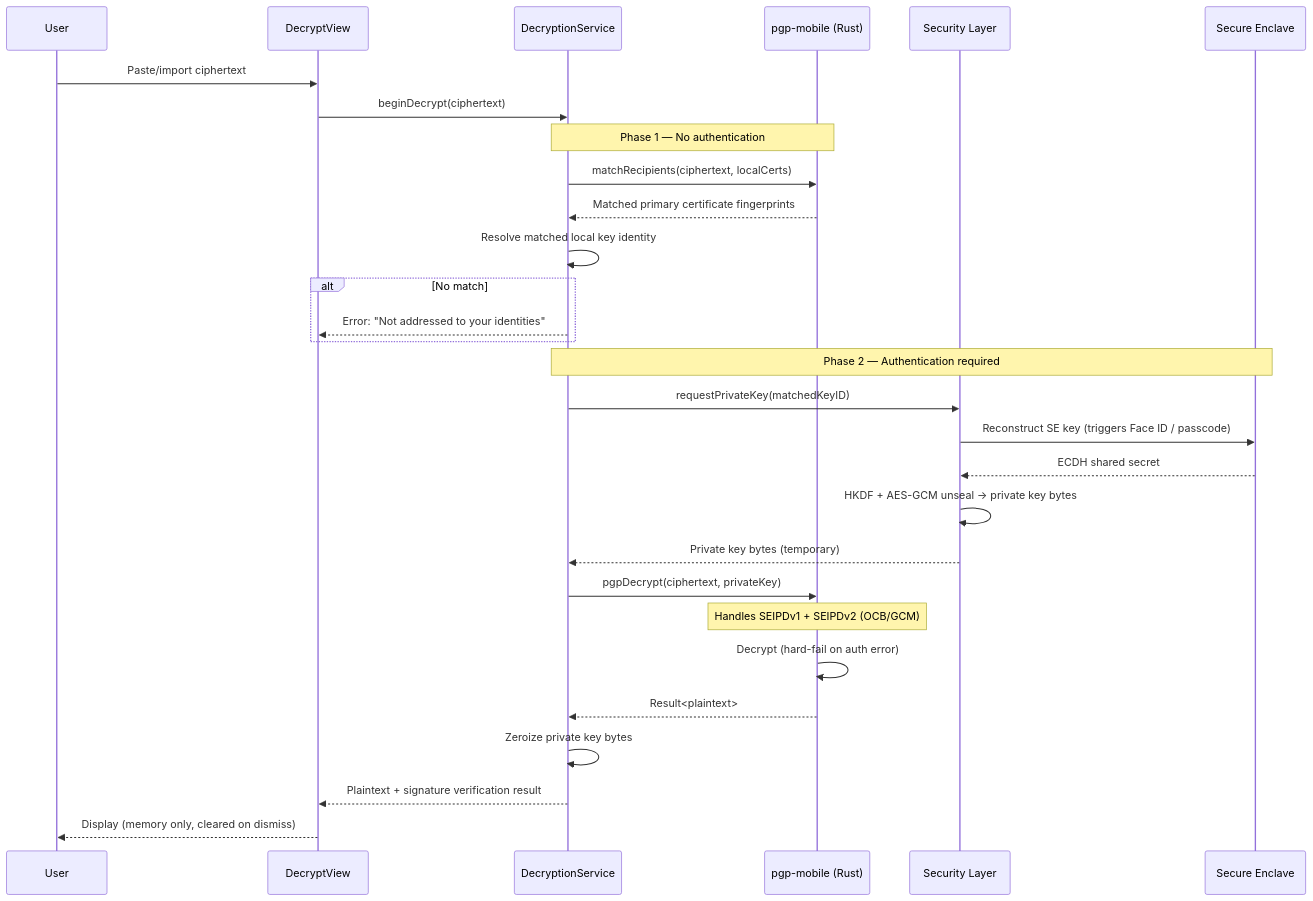
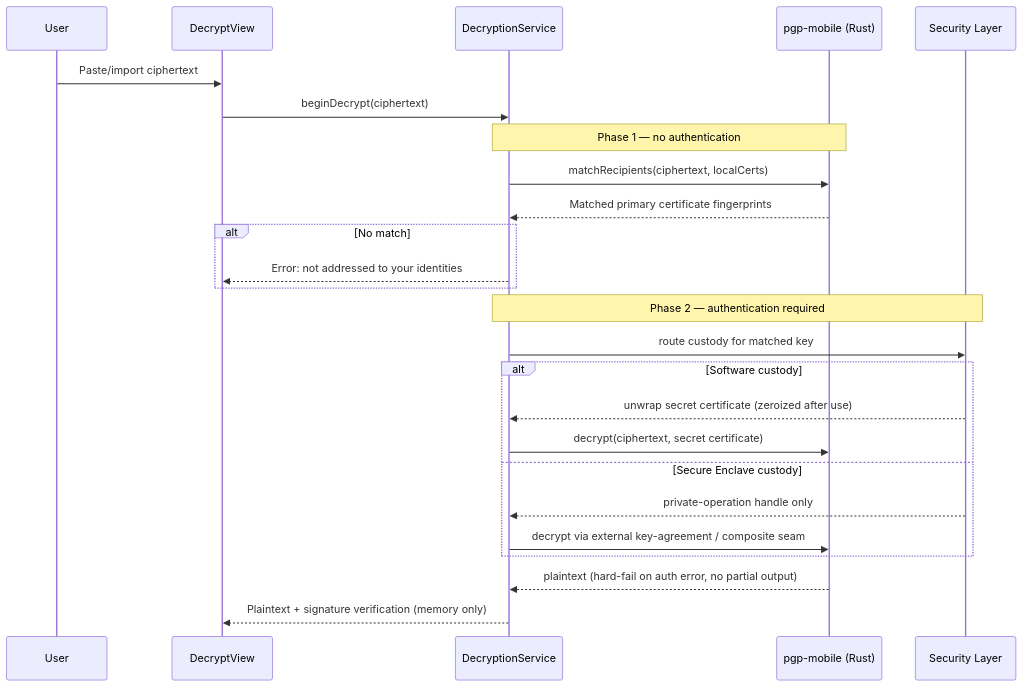
The second of 3 diagrams in docs/ARCHITECTURE.md (cypherair/cypherair), drawn with Mermaid before and after one commit. The commit also changed other lines of this file and 2 other files, not shown here.

First line of the commit message:
docs: total rewrite wave 2 - TESTING, ARCHITECTURE, ARM64E_STATUS

````diff
--- a/docs/ARCHITECTURE.md
+++ b/docs/ARCHITECTURE.md
@@ -340,34 +167,30 @@
 ```mermaid
 sequenceDiagram
     participant U as User
     participant V as DecryptView
     participant DS as DecryptionService
     participant PGP as pgp-mobile (Rust)
     participant SEC as Security Layer
-    participant SE as Secure Enclave
 
     U->>V: Paste/import ciphertext
     V->>DS: beginDecrypt(ciphertext)
 
-    Note over DS,PGP: Phase 1 — No authentication
+    Note over DS,PGP: Phase 1 — no authentication
     DS->>PGP: matchRecipients(ciphertext, localCerts)
     PGP-->>DS: Matched primary certificate fingerprints
-    DS->>DS: Resolve matched local key identity
     alt No match
-        DS-->>V: Error: "Not addressed to your identities"
+        DS-->>V: Error: not addressed to your identities
     end
 
-    Note over DS,SE: Phase 2 — Authentication required
-    DS->>SEC: requestPrivateKey(matchedKeyID)
-    SEC->>SE: Reconstruct SE key (triggers Face ID / passcode)
-    SE-->>SEC: ECDH shared secret
-    SEC->>SEC: HKDF + AES-GCM unseal → private key bytes
-    SEC-->>DS: Private key bytes (temporary)
-    DS->>PGP: pgpDecrypt(ciphertext, privateKey)
-    Note over PGP: Handles SEIPDv1 + SEIPDv2 (OCB/GCM)
-    PGP->>PGP: Decrypt (hard-fail on auth error)
-    PGP-->>DS: Result<plaintext>
-    DS->>DS: Zeroize private key bytes
-    DS-->>V: Plaintext + signature verification result
-    V-->>U: Display (memory only, cleared on dismiss)
+    Note over DS,SEC: Phase 2 — authentication required
+    DS->>SEC: route custody for matched key
+    alt Software custody
+        SEC-->>DS: unwrap secret certificate (zeroized after use)
+        DS->>PGP: decrypt(ciphertext, secret certificate)
+    else Secure Enclave custody
+        SEC-->>DS: private-operation handle only
+        DS->>PGP: decrypt via external key-agreement / composite seam
+    end
+    PGP-->>DS: plaintext (hard-fail on auth error, no partial output)
+    DS-->>V: Plaintext + signature verification (memory only)
 ```
````
